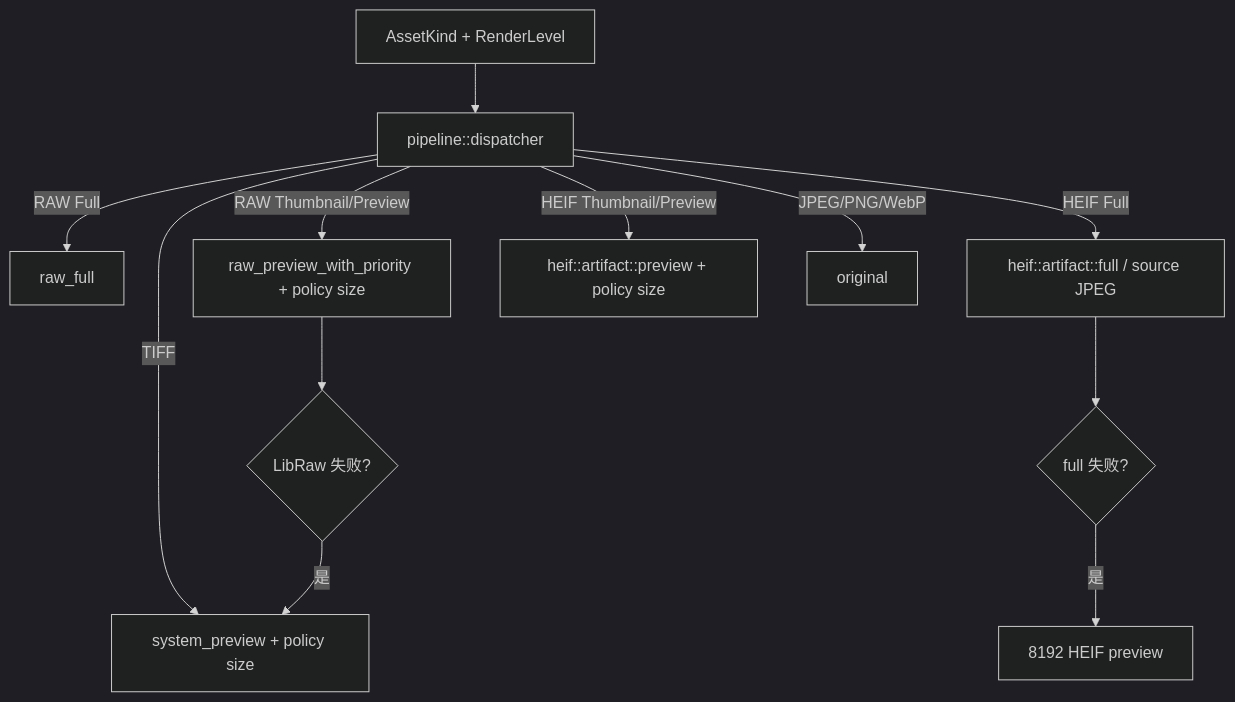
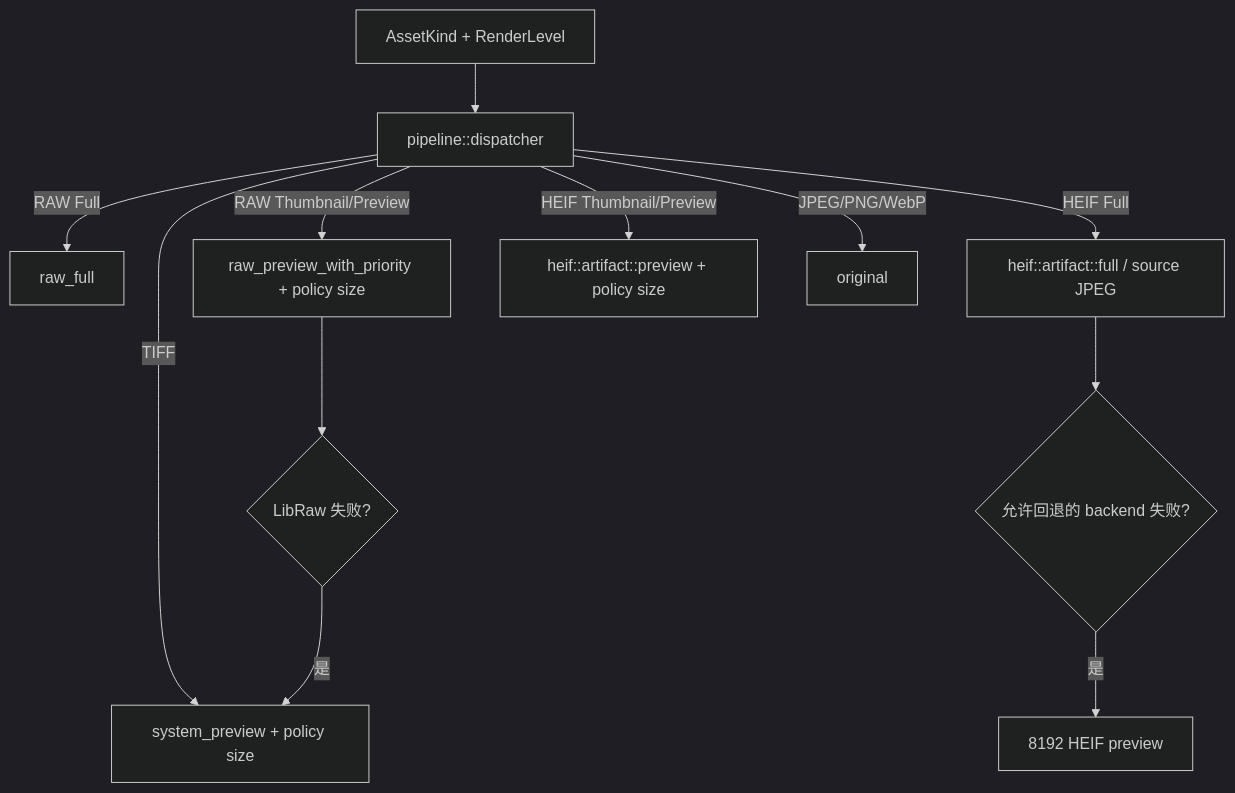
One commit to oxygenkun/oxyviewer changed the third of 3 diagrams in docs/architecture/03-preview-pipeline.md. Above: the diagram before and after it, drawn with Mermaid (dark theme). The commit also changed other lines of this file and 37 other files, not shown here.

````diff
--- a/docs/architecture/03-preview-pipeline.md
+++ b/docs/architecture/03-preview-pipeline.md
@@ -204,14 +224,14 @@
 ```mermaid
 flowchart TD
     request["AssetKind + RenderLevel"] --> policy["pipeline::dispatcher"]
     policy -->|RAW Full| rawFull["raw_full"]
     policy -->|RAW Thumbnail/Preview| rawPreview["raw_preview_with_priority + policy size"]
     policy -->|HEIF Full| heifFull["heif::artifact::full / source JPEG"]
     policy -->|HEIF Thumbnail/Preview| heifPreview["heif::artifact::preview + policy size"]
     policy -->|TIFF| systemPreview["system_preview + policy size"]
     policy -->|JPEG/PNG/WebP| original["original"]
     rawPreview --> rawFallback{LibRaw 失败?}
     rawFallback -->|是| systemPreview
-    heifFull --> heifFallback{full 失败?}
+    heifFull --> heifFallback{允许回退的 backend 失败?}
     heifFallback -->|是| heif8192["8192 HEIF preview"]
 ```
````
